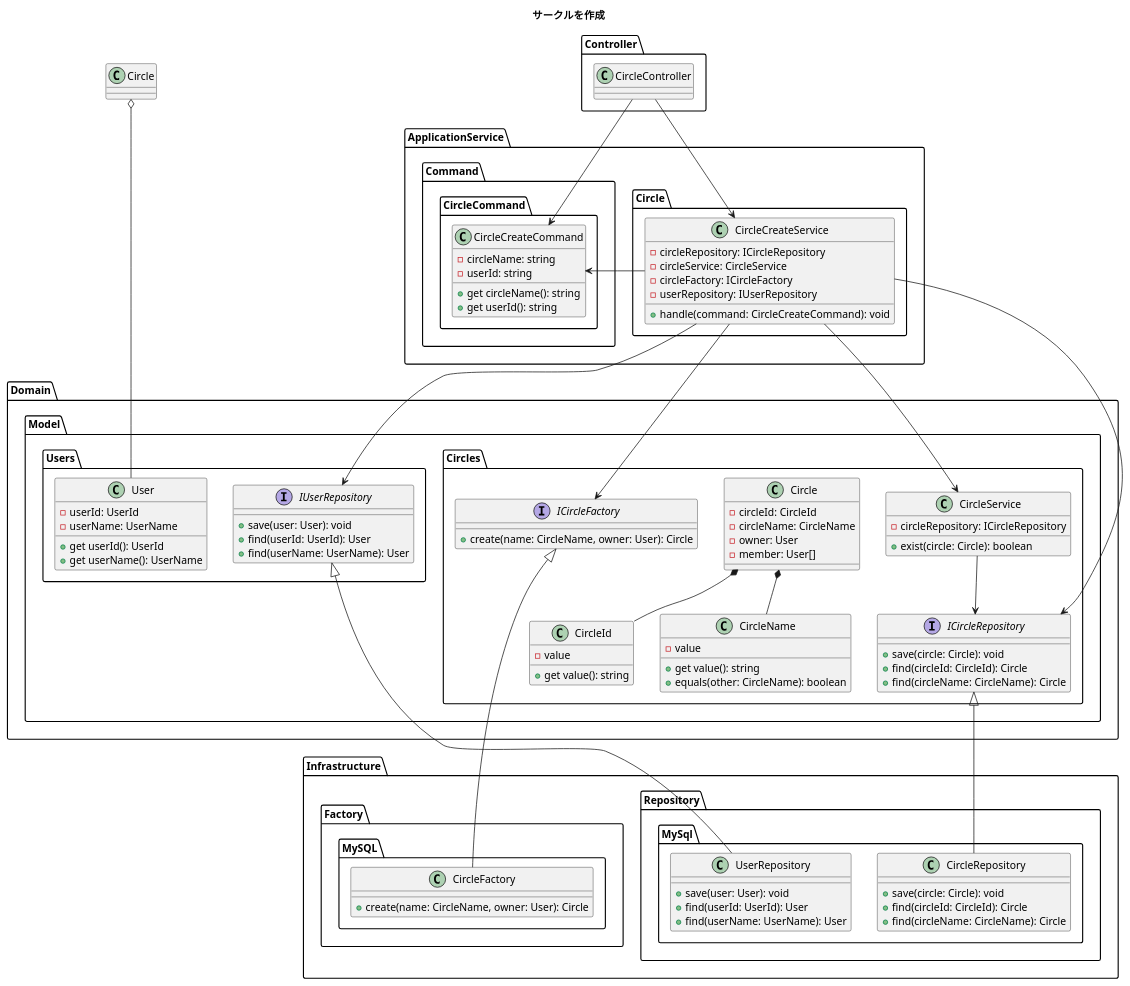
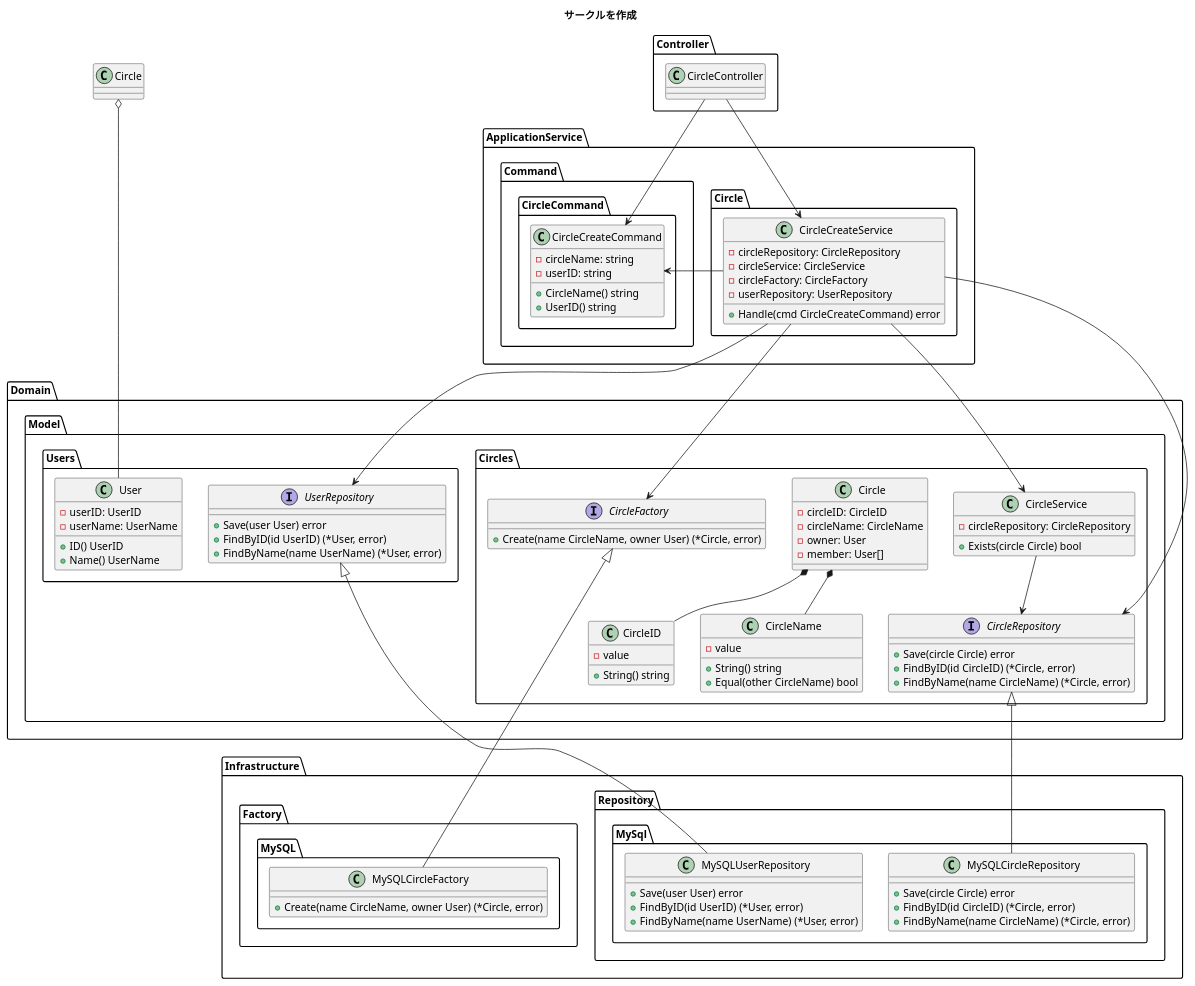
The diagram in diagrams/ch11-circle-create.puml (Yuki-TU/ddd), drawn with PlantUML before and after one commit. The commit also changed 40 other files, not shown here.

Commit message:
サンプルと図を Go の慣習に揃え、DDD の説明コメントを残す。

```diff
--- a/diagrams/ch11-circle-create.puml
+++ b/diagrams/ch11-circle-create.puml
@@ -1,123 +1,123 @@
 @startuml
 title サークルを作成
 package Controller {
   class CircleController {}
 }
 
 package ApplicationService {
   package Circle {
     class CircleCreateService {
-      - circleRepository: ICircleRepository
+      - circleRepository: CircleRepository
       - circleService: CircleService
-      - circleFactory: ICircleFactory
-      - userRepository: IUserRepository
-      + handle(command: CircleCreateCommand): void
+      - circleFactory: CircleFactory
+      - userRepository: UserRepository
+      + Handle(cmd CircleCreateCommand) error
     }
   }
   package Command {
     package CircleCommand {
       class CircleCreateCommand {
         - circleName: string
-        - userId: string
-        + get circleName(): string
-        + get userId(): string
+        - userID: string
+        + CircleName() string
+        + UserID() string
       }
     }
   }
 }
 
 package Domain {
   package Model {
     package Circles {
       class Circle {
-        - circleId: CircleId
+        - circleID: CircleID
         - circleName: CircleName
         - owner: User
         - member: User[]
       }
       class CircleName {
         - value
-        + get value(): string
-        + equals(other: CircleName): boolean
+        + String() string
+        + Equal(other CircleName) bool
       }
-      class CircleId {
+      class CircleID {
         - value
-        + get value(): string
+        + String() string
       }
       Circle *-- CircleName
-      Circle *-- CircleId
+      Circle *-- CircleID
       
       class CircleService {
-        - circleRepository: ICircleRepository
-        + exist(circle: Circle): boolean
+        - circleRepository: CircleRepository
+        + Exists(circle Circle) bool
       }
-      interface ICircleFactory {
-        + create(name: CircleName, owner: User): Circle
+      interface CircleFactory {
+        + Create(name CircleName, owner User) (*Circle, error)
       }
-      interface ICircleRepository {
-        + save(circle: Circle): void
-        + find(circleId: CircleId): Circle
-        + find(circleName: CircleName): Circle
+      interface CircleRepository {
+        + Save(circle Circle) error
+        + FindByID(id CircleID) (*Circle, error)
+        + FindByName(name CircleName) (*Circle, error)
       }
     }
     package Users {
       class User {
-        - userId: UserId
+        - userID: UserID
         - userName: UserName
-        + get userId(): UserId
-        + get userName(): UserName
+        + ID() UserID
+        + Name() UserName
       }
-      interface IUserRepository {
-        + save(user: User): void
-        + find(userId: UserId): User
-        + find(userName: UserName): User
+      interface UserRepository {
+        + Save(user User) error
+        + FindByID(id UserID) (*User, error)
+        + FindByName(name UserName) (*User, error)
       }
     }
   }
 
   ' package Factory {
   '   package MySQL {
   '     class CircleFactory {
-  '       + create(name: CircleName, owner: User): Circle
+  '       + Create(name CircleName, owner User) (*Circle, error)
   '     }
   '   }
   ' }
 }
 Circle o--- User
 package Infrastructure {
   package Factory {
     package MySQL {
-      class CircleFactory {
-        + create(name: CircleName, owner: User): Circle
+      class MySQLCircleFactory {
+        + Create(name CircleName, owner User) (*Circle, error)
       }
     }
   }
   package Repository {
     package MySql {
-      class UserRepository {
-        + save(user: User): void
-        + find(userId: UserId): User
-        + find(userName: UserName): User
+      class MySQLUserRepository {
+        + Save(user User) error
+        + FindByID(id UserID) (*User, error)
+        + FindByName(name UserName) (*User, error)
       }
-      class CircleRepository {
-        + save(circle: Circle): void
-        + find(circleId: CircleId): Circle
-        + find(circleName: CircleName): Circle
+      class MySQLCircleRepository {
+        + Save(circle Circle) error
+        + FindByID(id CircleID) (*Circle, error)
+        + FindByName(name CircleName) (*Circle, error)
       }
     }
   }
 }
-CircleService --> ICircleRepository
-ICircleFactory <|-- CircleFactory
-CircleCreateService --> ICircleRepository
-CircleCreateService --> ICircleFactory
+CircleService --> CircleRepository
+CircleFactory <|-- MySQLCircleFactory
+CircleCreateService --> CircleRepository
+CircleCreateService --> CircleFactory
 CircleCreateService --> CircleService
-ICircleRepository <|-- CircleRepository
-IUserRepository <|-- UserRepository
-IUserRepository <-- CircleCreateService
+CircleRepository <|-- MySQLCircleRepository
+UserRepository <|-- MySQLUserRepository
+UserRepository <-- CircleCreateService
 CircleController --> CircleCreateService
 CircleCreateService -> CircleCreateCommand
 CircleController -> CircleCreateCommand
 ' Circle *-- CircleName
-' Circle *-- CircleId
+' Circle *-- CircleID
 @enduml
```
